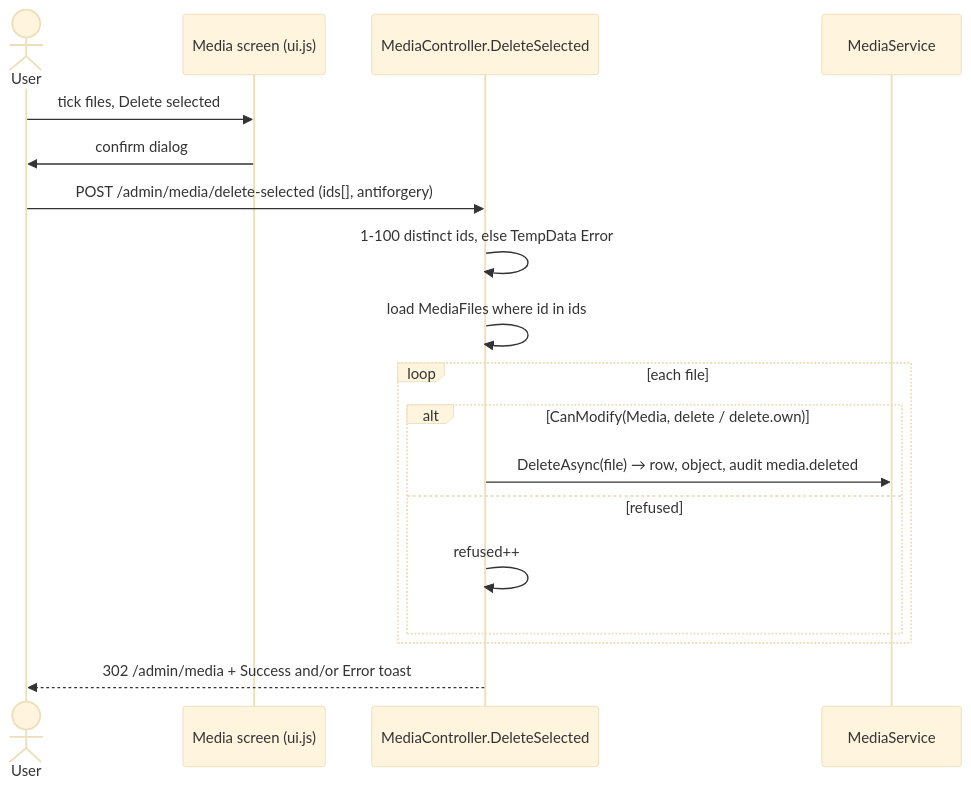
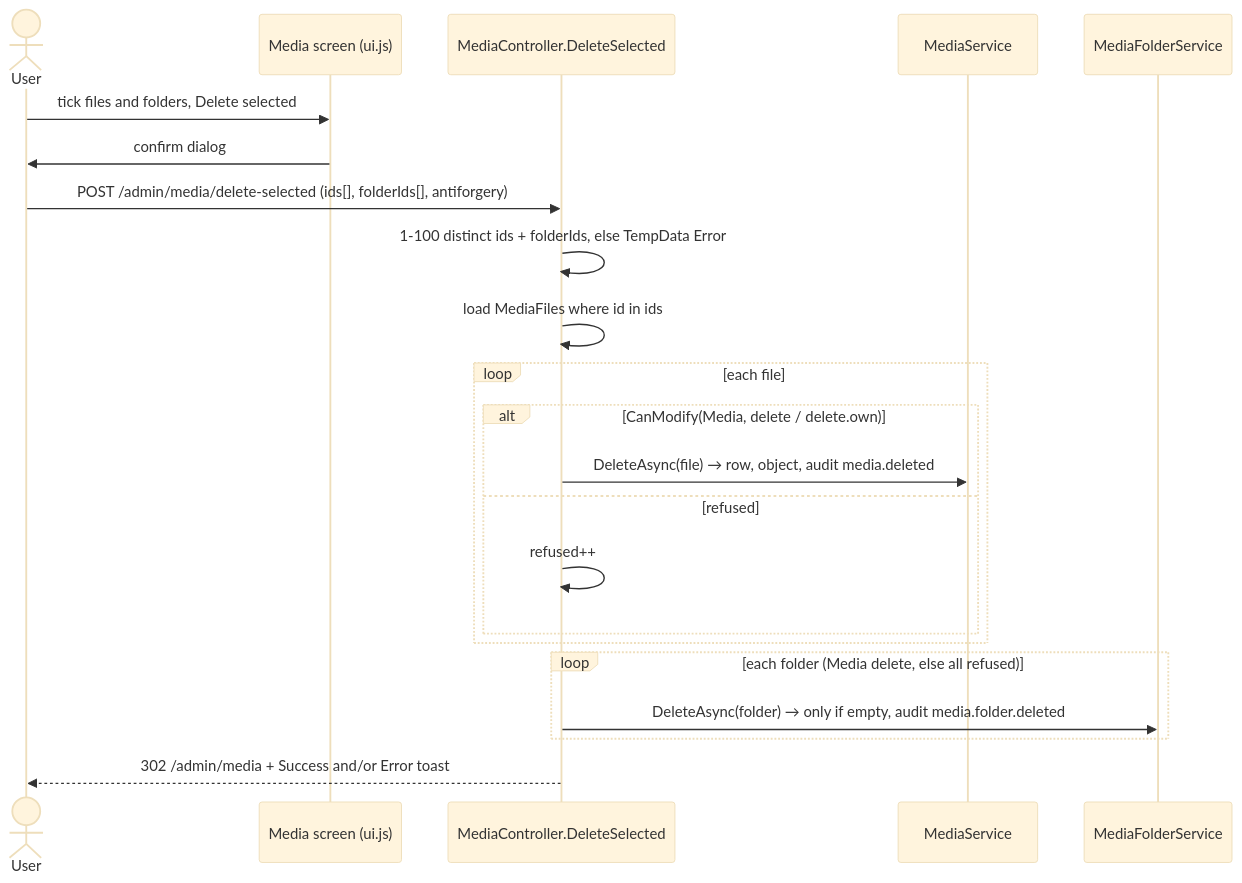
Before and after one commit to Albadit/DotNetForge: the first of 2 diagrams in .docs/pages/media.md, drawn with Mermaid (base theme). The commit also changed other lines of this file and 71 other files, not shown here.

````diff
--- a/.docs/pages/media.md
+++ b/.docs/pages/media.md
@@ -157,20 +172,24 @@
 ```mermaid
 sequenceDiagram
     actor U as User
     participant V as Media screen (ui.js)
     participant C as MediaController.DeleteSelected
     participant M as MediaService
-    U->>V: tick files, Delete selected
+    participant F as MediaFolderService
+    U->>V: tick files and folders, Delete selected
     V->>U: confirm dialog
-    U->>C: POST /admin/media/delete-selected (ids[], antiforgery)
-    C->>C: 1-100 distinct ids, else TempData Error
+    U->>C: POST /admin/media/delete-selected (ids[], folderIds[], antiforgery)
+    C->>C: 1-100 distinct ids + folderIds, else TempData Error
     C->>C: load MediaFiles where id in ids
     loop each file
         alt CanModify(Media, delete / delete.own)
             C->>M: DeleteAsync(file) → row, object, audit media.deleted
         else refused
             C->>C: refused++
         end
     end
+    loop each folder (Media delete, else all refused)
+        C->>F: DeleteAsync(folder) → only if empty, audit media.folder.deleted
+    end
     C-->>U: 302 /admin/media + Success and/or Error toast
 ```
````
